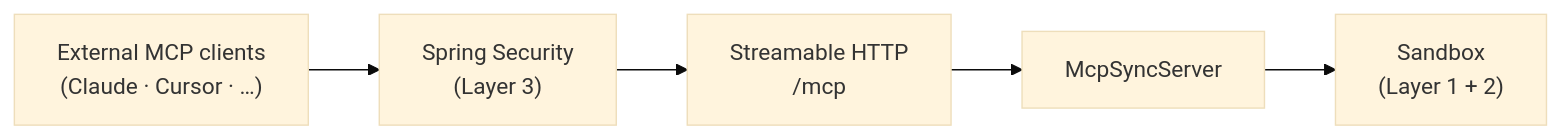
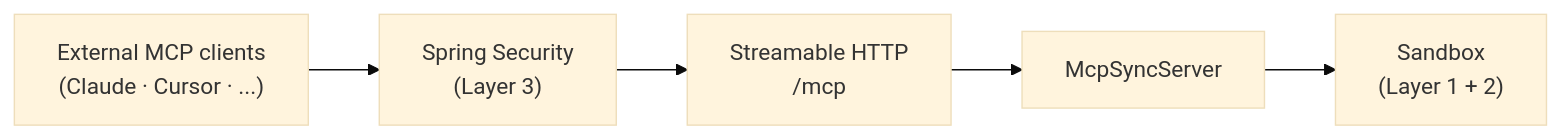
Before and after one commit to JM-Lab/spring-ai-playground: the seventh of 7 diagrams in docs/safety-architecture.md, drawn with Mermaid (base theme). The commit also changed other lines of this file and 239 other files, not shown here.

````diff
--- a/docs/safety-architecture.md
+++ b/docs/safety-architecture.md
@@ -362,10 +288,10 @@
 ```mermaid
 flowchart LR
-    EXT["External MCP clients<br/>(Claude · Cursor · …)"]
+    EXT["External MCP clients<br/>(Claude · Cursor · ...)"]
     SEC["Spring Security<br/>(Layer 3)"]
     TRANS["Streamable HTTP<br/>/mcp"]
     SYNC["McpSyncServer"]
     SAND["Sandbox<br/>(Layer 1 + 2)"]
 
     EXT --> SEC --> TRANS --> SYNC --> SAND
 ```
````
